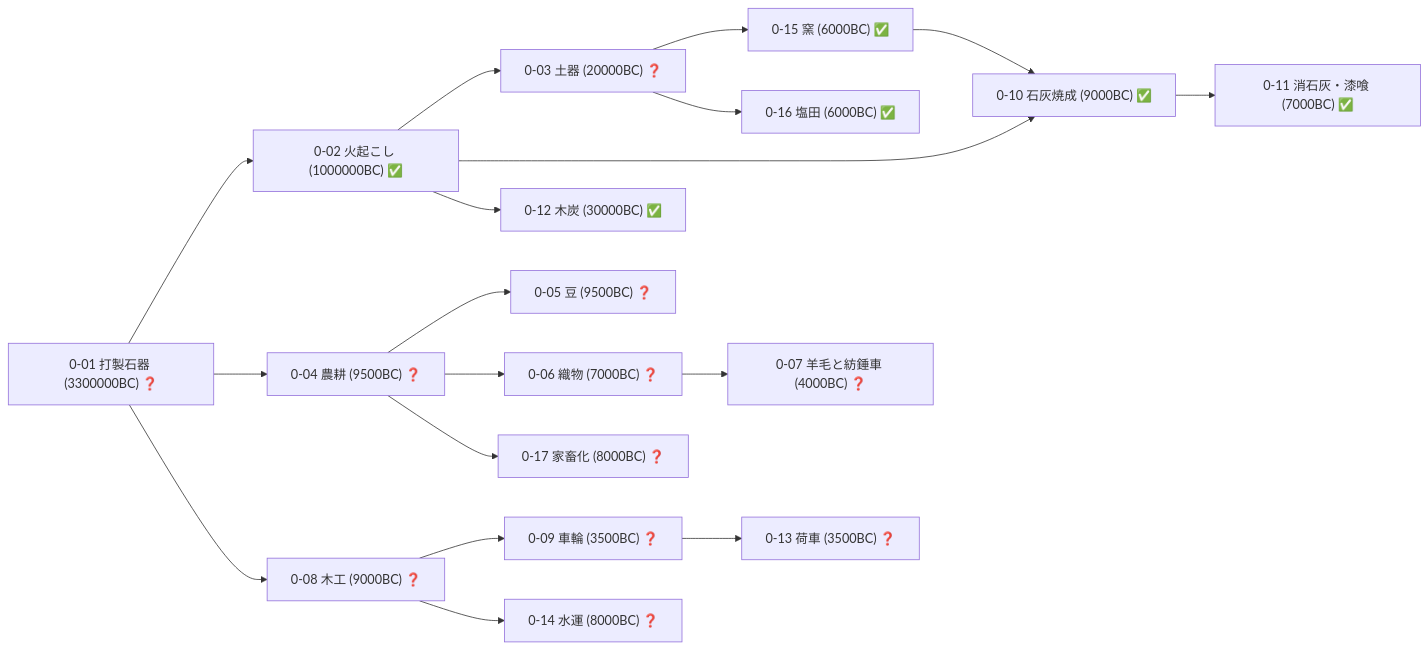
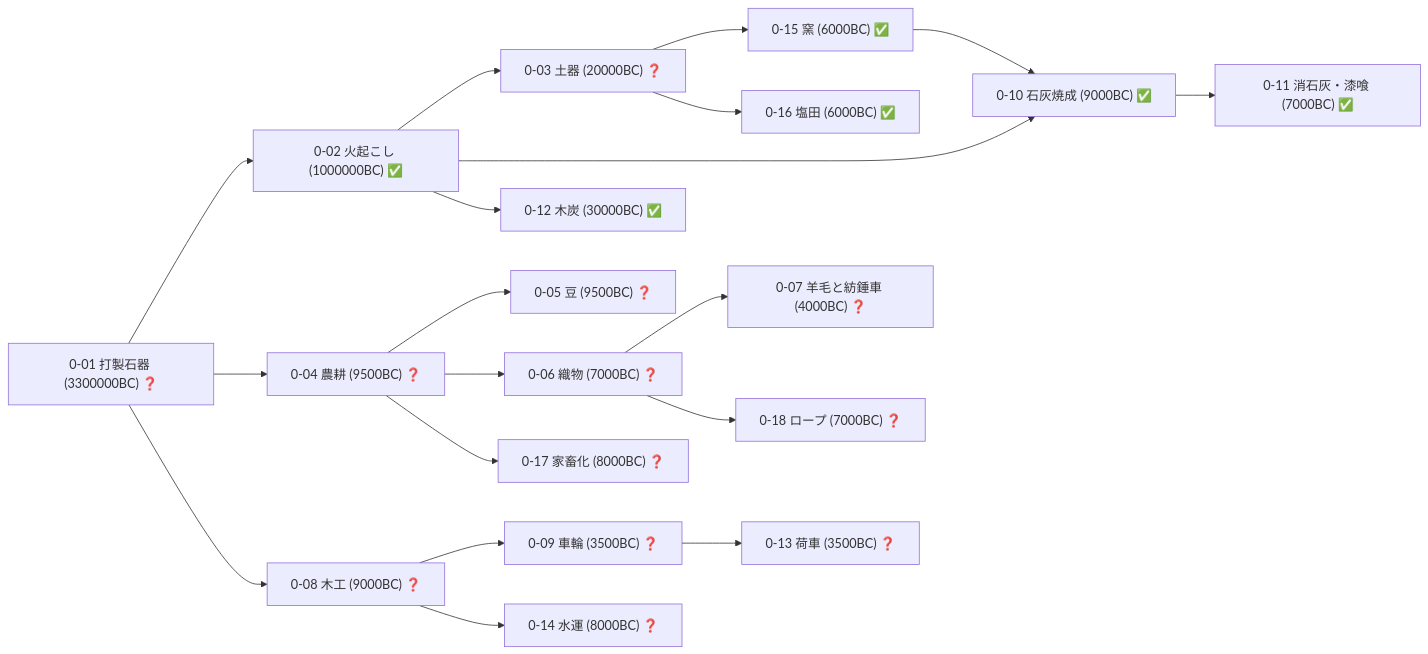
The third of 19 diagrams in docs/TECH_TREE_VIEW.md (taku3i0317-collab/semiconductor-lab), drawn with Mermaid before and after one commit. The commit also changed other lines of this file and 5 other files, not shown here.

````diff
--- a/docs/TECH_TREE_VIEW.md
+++ b/docs/TECH_TREE_VIEW.md
@@ -136,37 +136,39 @@
 ```mermaid
 graph LR
   n0_01["0-01 打製石器 (3300000BC) ❓"]
   n0_02["0-02 火起こし (1000000BC) ✅"]
   n0_03["0-03 土器 (20000BC) ❓"]
   n0_04["0-04 農耕 (9500BC) ❓"]
   n0_05["0-05 豆 (9500BC) ❓"]
   n0_06["0-06 織物 (7000BC) ❓"]
   n0_07["0-07 羊毛と紡錘車 (4000BC) ❓"]
   n0_08["0-08 木工 (9000BC) ❓"]
   n0_09["0-09 車輪 (3500BC) ❓"]
   n0_10["0-10 石灰焼成 (9000BC) ✅"]
   n0_11["0-11 消石灰・漆喰 (7000BC) ✅"]
   n0_12["0-12 木炭 (30000BC) ✅"]
   n0_13["0-13 荷車 (3500BC) ❓"]
   n0_14["0-14 水運 (8000BC) ❓"]
   n0_15["0-15 窯 (6000BC) ✅"]
   n0_16["0-16 塩田 (6000BC) ✅"]
   n0_17["0-17 家畜化 (8000BC) ❓"]
+  n0_18["0-18 ロープ (7000BC) ❓"]
   n0_01-->n0_02
   n0_02-->n0_03
   n0_01-->n0_04
   n0_04-->n0_05
   n0_04-->n0_06
   n0_06-->n0_07
   n0_01-->n0_08
   n0_08-->n0_09
   n0_02-->n0_10
   n0_15-->n0_10
   n0_10-->n0_11
   n0_02-->n0_12
   n0_09-->n0_13
   n0_08-->n0_14
   n0_03-->n0_15
   n0_03-->n0_16
   n0_04-->n0_17
+  n0_06-->n0_18
 ```
````
